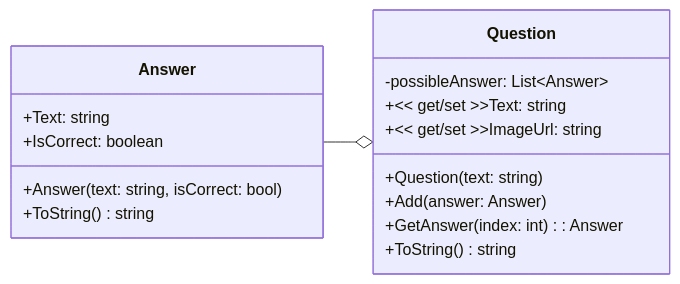
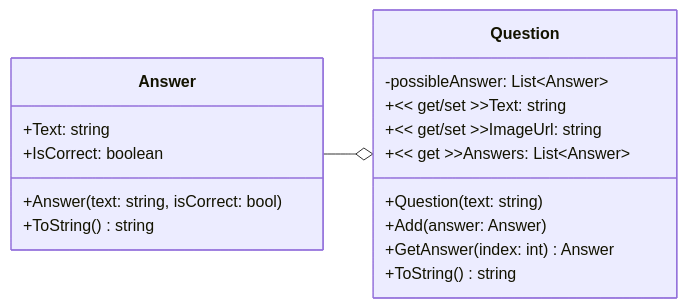
One commit to SimonStnn/questionnaire changed the diagram in README.md. Above: the diagram before and after it, drawn with Mermaid. The commit also changed other lines of this file, not shown here.

Commit message:
Document Question.Answers property

````diff
--- a/README.md
+++ b/README.md
@@ -38,22 +38,23 @@
 ```mermaid
 classDiagram
 direction LR
 class Answer {
   +Text: string
   +IsCorrect: boolean
   +Answer(text: string, isCorrect: bool)
   +ToString() string
 }
 
 class Question {
   -possibleAnswer: List~Answer~
   +<< get/set >>Text: string
   +<< get/set >>ImageUrl: string
+  +<< get >>Answers: List~Answer~
   +Question(text: string)
   +Add(answer: Answer)
-  +GetAnswer(index: int): Answer
+  +GetAnswer(index: int) Answer
   +ToString() string
 }
 
 Answer --o Question
 ```
````
